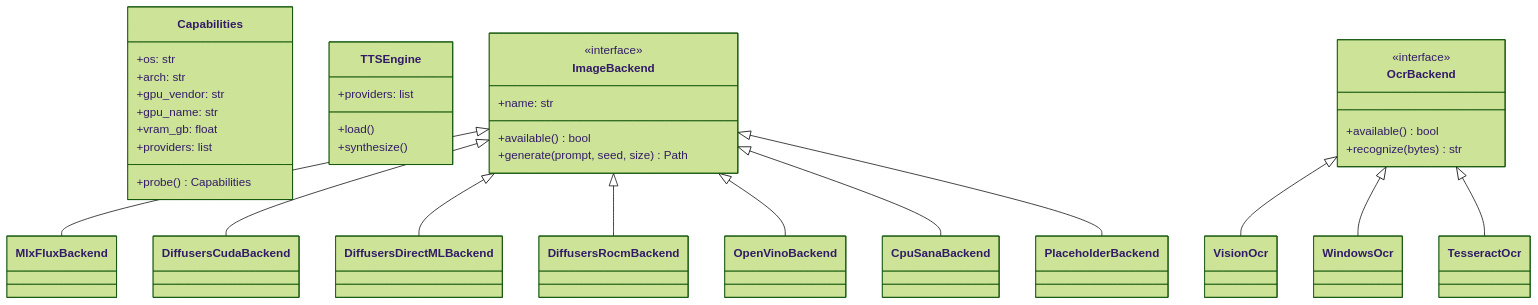
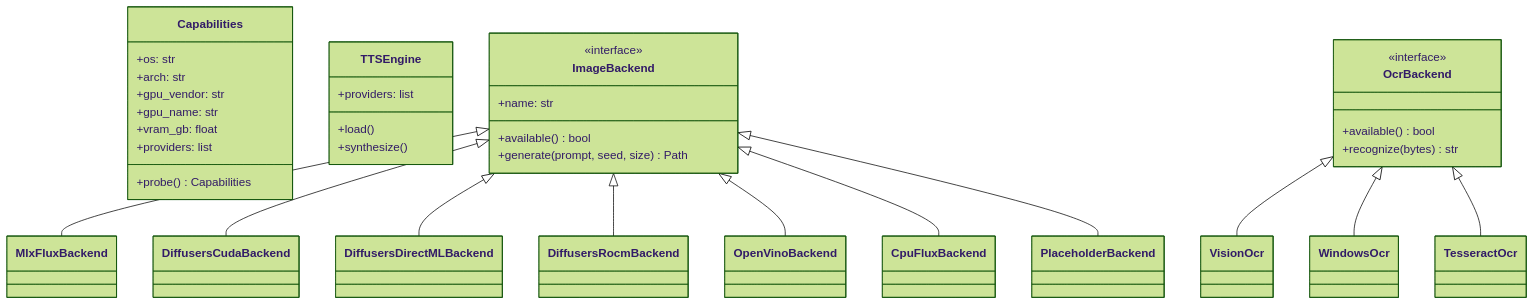
One commit to endynamoo/rhapsode changed the diagram in docs/PLATFORMS.md. Above: the diagram before and after it, drawn with Mermaid (forest theme). The commit also changed other lines of this file and 13 other files, not shown here.

````diff
--- a/docs/PLATFORMS.md
+++ b/docs/PLATFORMS.md
@@ -76,54 +78,54 @@
 ```mermaid
 classDiagram
     class Capabilities {
         +os: str
         +arch: str
         +gpu_vendor: str
         +gpu_name: str
         +vram_gb: float
         +providers: list
         +probe() Capabilities
     }
 
     class TTSEngine {
         +providers: list
         +load()
         +synthesize()
     }
 
     class ImageBackend {
         <<interface>>
         +name: str
         +available() bool
         +generate(prompt, seed, size) Path
     }
 
     class MlxFluxBackend
     class DiffusersCudaBackend
     class DiffusersDirectMLBackend
     class DiffusersRocmBackend
     class OpenVinoBackend
-    class CpuSanaBackend
+    class CpuFluxBackend
     class PlaceholderBackend
 
     class OcrBackend {
         <<interface>>
         +available() bool
         +recognize(bytes) str
     }
 
     class VisionOcr
     class WindowsOcr
     class TesseractOcr
 
     ImageBackend <|-- MlxFluxBackend
     ImageBackend <|-- DiffusersCudaBackend
     ImageBackend <|-- DiffusersDirectMLBackend
     ImageBackend <|-- DiffusersRocmBackend
     ImageBackend <|-- OpenVinoBackend
-    ImageBackend <|-- CpuSanaBackend
+    ImageBackend <|-- CpuFluxBackend
     ImageBackend <|-- PlaceholderBackend
     OcrBackend <|-- VisionOcr
     OcrBackend <|-- WindowsOcr
     OcrBackend <|-- TesseractOcr
 ```
````
